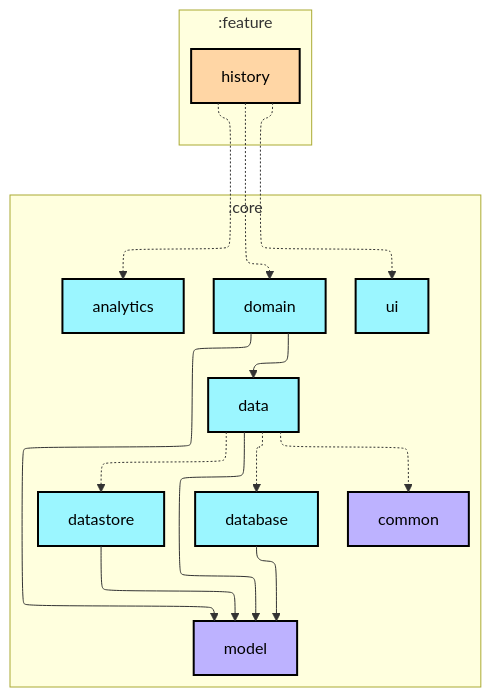
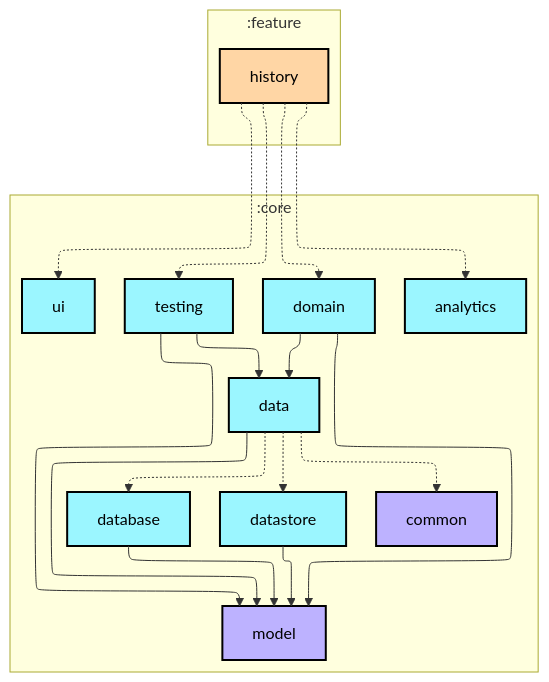
The first of 2 diagrams in feature/history/README.md (Sunior-k/walklog), drawn with Mermaid before and after one commit. The commit also changed other lines of this file and 46 other files, not shown here.

````diff
--- a/feature/history/README.md
+++ b/feature/history/README.md
@@ -14,43 +14,47 @@
 ```mermaid
 ---
 config:
   layout: elk
   elk:
     nodePlacementStrategy: SIMPLE
 ---
 graph TB
   subgraph :feature
     direction TB
     :feature:history[history]:::android-feature
   end
 
   subgraph :core
     direction TB
     :core:domain[domain]:::android-library
     :core:data[data]:::android-library
     :core:database[database]:::android-library
     :core:datastore[datastore]:::android-library
     :core:common[common]:::jvm-library
     :core:model[model]:::jvm-library
     :core:analytics[analytics]:::android-library
+    :core:testing[testing]:::android-library
     :core:ui[ui]:::android-library
   end
 
   :feature:history -.-> :core:domain
   :feature:history -.-> :core:analytics
+  :feature:history -.-> :core:testing
   :feature:history -.-> :core:ui
   :core:domain --> :core:data
   :core:domain --> :core:model
   :core:data --> :core:model
   :core:data -.-> :core:database
   :core:data -.-> :core:datastore
   :core:data -.-> :core:common
   :core:database --> :core:model
   :core:datastore --> :core:model
+  :core:testing --> :core:data
+  :core:testing --> :core:model
 
 classDef android-application fill:#CAFFBF,stroke:#000,stroke-width:2px,color:#000;
 classDef android-feature fill:#FFD6A5,stroke:#000,stroke-width:2px,color:#000;
 classDef android-library fill:#9BF6FF,stroke:#000,stroke-width:2px,color:#000;
 classDef android-test fill:#A0C4FF,stroke:#000,stroke-width:2px,color:#000;
 classDef jvm-library fill:#BDB2FF,stroke:#000,stroke-width:2px,color:#000;
 ```
````
